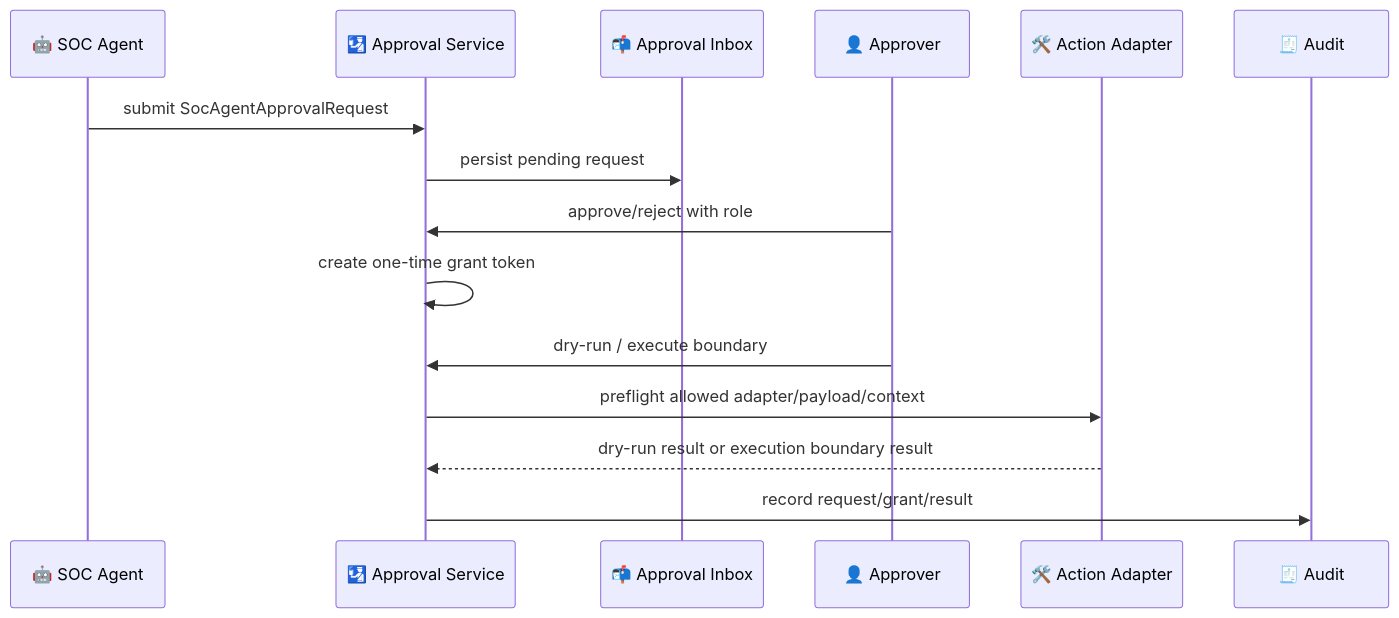
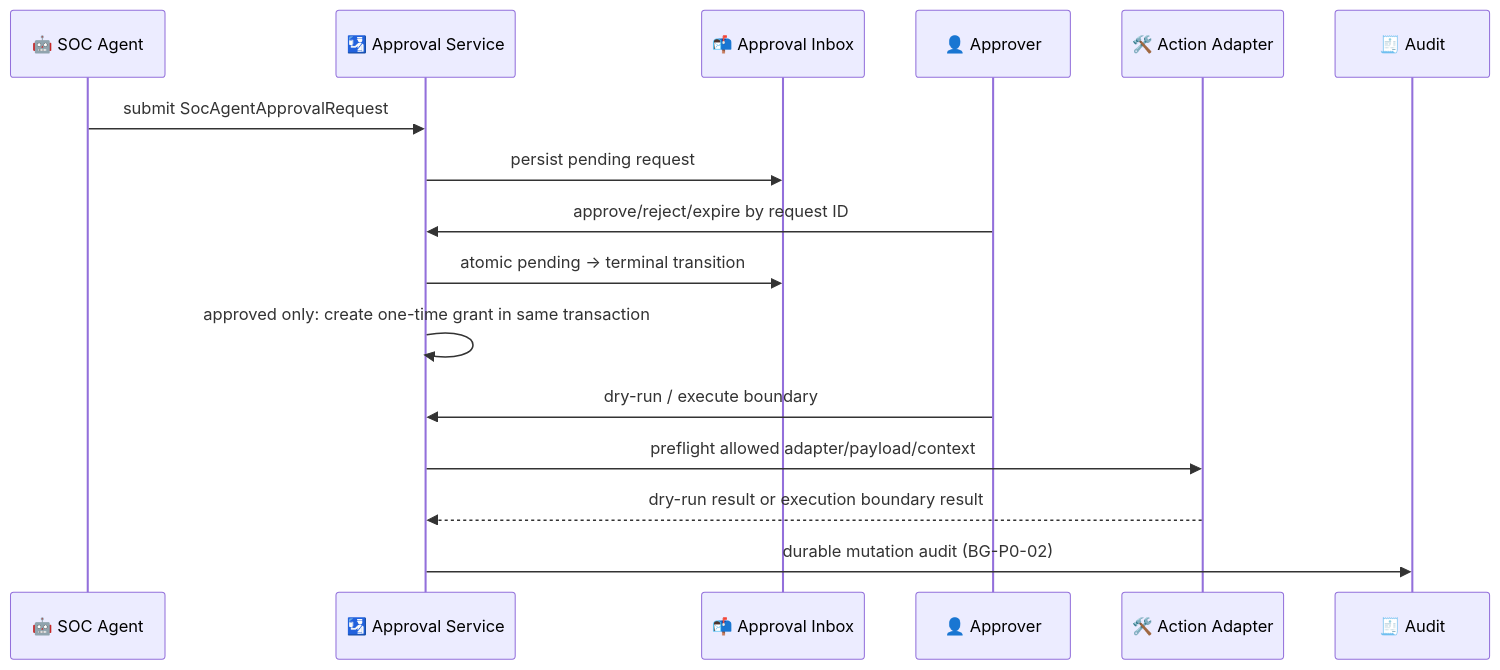
Before and after one commit to yydspanda/deer-flow: the ninth of 14 diagrams in .notes/ai_soc/soc-agent-solution.md, drawn with Mermaid. The commit also changed other lines of this file and 50 other files, not shown here.

````diff
--- a/.notes/ai_soc/soc-agent-solution.md
+++ b/.notes/ai_soc/soc-agent-solution.md
@@ -663,18 +663,19 @@
 ```mermaid
 sequenceDiagram
     participant Agent as 🤖 SOC Agent
     participant Approval as 🛂 Approval Service
     participant Inbox as 📬 Approval Inbox
     participant Human as 👤 Approver
     participant Adapter as 🛠️ Action Adapter
     participant Audit as 🧾 Audit
 
     Agent->>Approval: submit SocAgentApprovalRequest
     Approval->>Inbox: persist pending request
-    Human->>Approval: approve/reject with role
-    Approval->>Approval: create one-time grant token
+    Human->>Approval: approve/reject/expire by request ID
+    Approval->>Inbox: atomic pending -> terminal transition
+    Approval->>Approval: approved only: create one-time grant in same transaction
     Human->>Approval: dry-run / execute boundary
     Approval->>Adapter: preflight allowed adapter/payload/context
     Adapter-->>Approval: dry-run result or execution boundary result
-    Approval->>Audit: record request/grant/result
+    Approval->>Audit: durable mutation audit (BG-P0-02)
 ```
````
